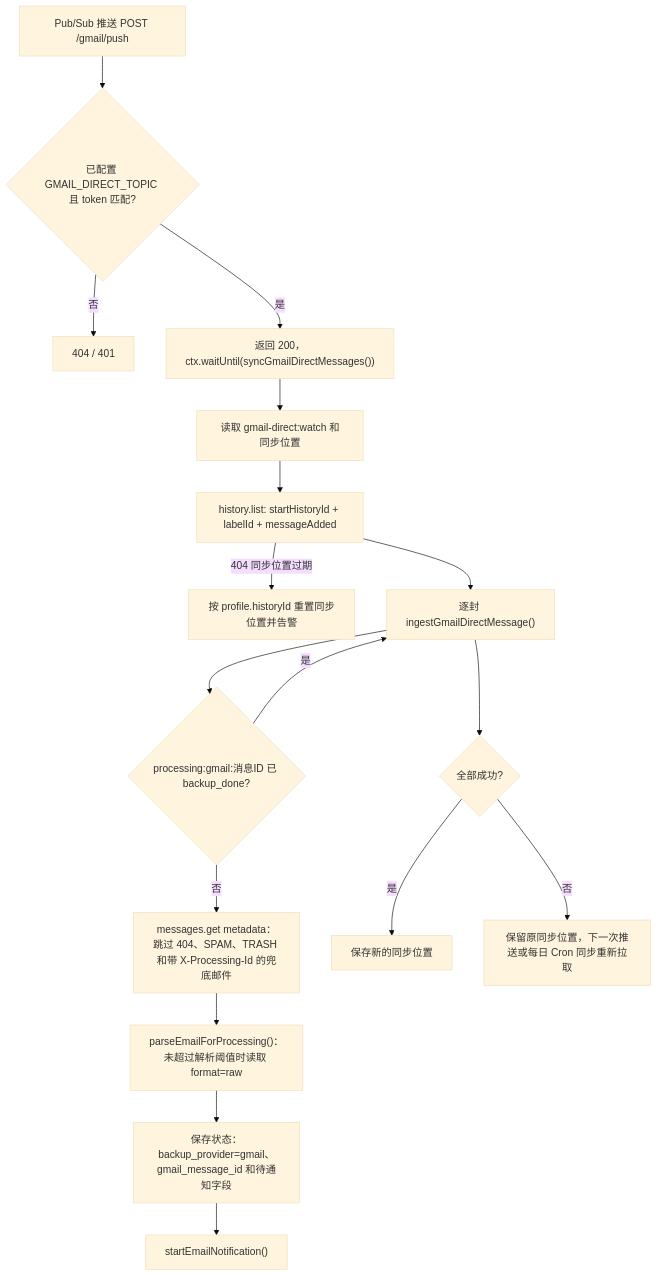
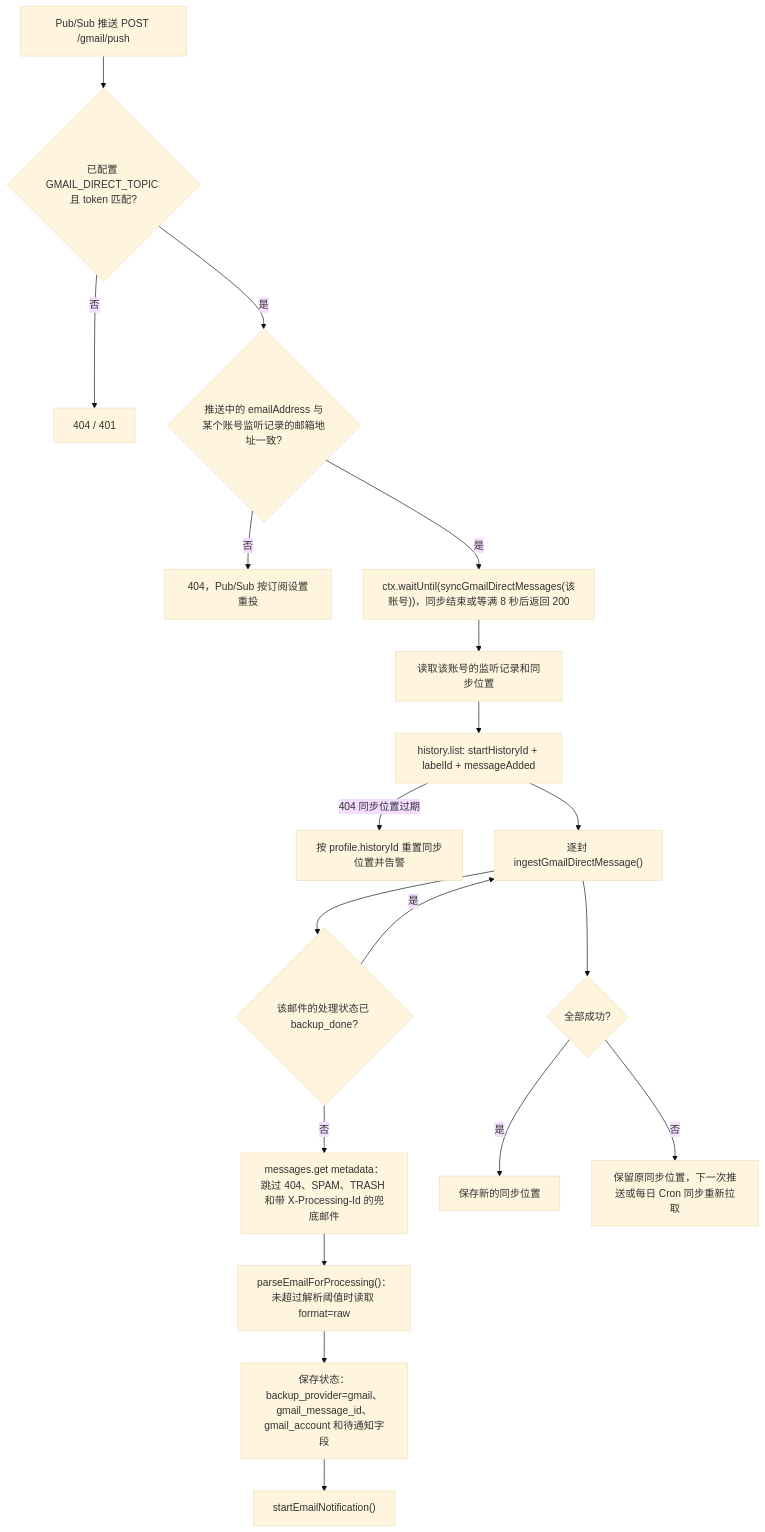
One commit to lainbo/synopsis changed the second of 3 diagrams in docs/ai-maintenance/architecture.md. Above: the diagram before and after it, drawn with Mermaid (base theme). The commit also changed other lines of this file and 25 other files, not shown here.

````diff
--- a/docs/ai-maintenance/architecture.md
+++ b/docs/ai-maintenance/architecture.md
@@ -68,19 +70,21 @@
 ```mermaid
 flowchart TD
   A["Pub/Sub 推送 POST /gmail/push"] --> B{"已配置 GMAIL_DIRECT_TOPIC 且 token 匹配?"}
   B -- "否" --> B1["404 / 401"]
-  B -- "是" --> C["返回 200，ctx.waitUntil(syncGmailDirectMessages())"]
-  C --> D["读取 gmail-direct:watch 和同步位置"]
+  B -- "是" --> B2{"推送中的 emailAddress 与某个账号监听记录的邮箱地址一致?"}
+  B2 -- "否" --> B3["404，Pub/Sub 按订阅设置重投"]
+  B2 -- "是" --> C["ctx.waitUntil(syncGmailDirectMessages(该账号))，同步结束或等满 8 秒后返回 200"]
+  C --> D["读取该账号的监听记录和同步位置"]
   D --> E["history.list: startHistoryId + labelId + messageAdded"]
   E -- "404 同步位置过期" --> E1["按 profile.historyId 重置同步位置并告警"]
   E --> F["逐封 ingestGmailDirectMessage()"]
-  F --> G{"processing:gmail:消息ID 已 backup_done?"}
+  F --> G{"该邮件的处理状态已 backup_done?"}
   G -- "是" --> F
   G -- "否" --> H["messages.get metadata：跳过 404、SPAM、TRASH 和带 X-Processing-Id 的兜底邮件"]
   H --> I["parseEmailForProcessing()：未超过解析阈值时读取 format=raw"]
-  I --> J["保存状态：backup_provider=gmail、gmail_message_id 和待通知字段"]
+  I --> J["保存状态：backup_provider=gmail、gmail_message_id、gmail_account 和待通知字段"]
   J --> K["startEmailNotification()"]
   F --> L{"全部成功?"}
   L -- "是" --> M["保存新的同步位置"]
   L -- "否" --> N["保留原同步位置，下一次推送或每日 Cron 同步重新拉取"]
 ```
````
